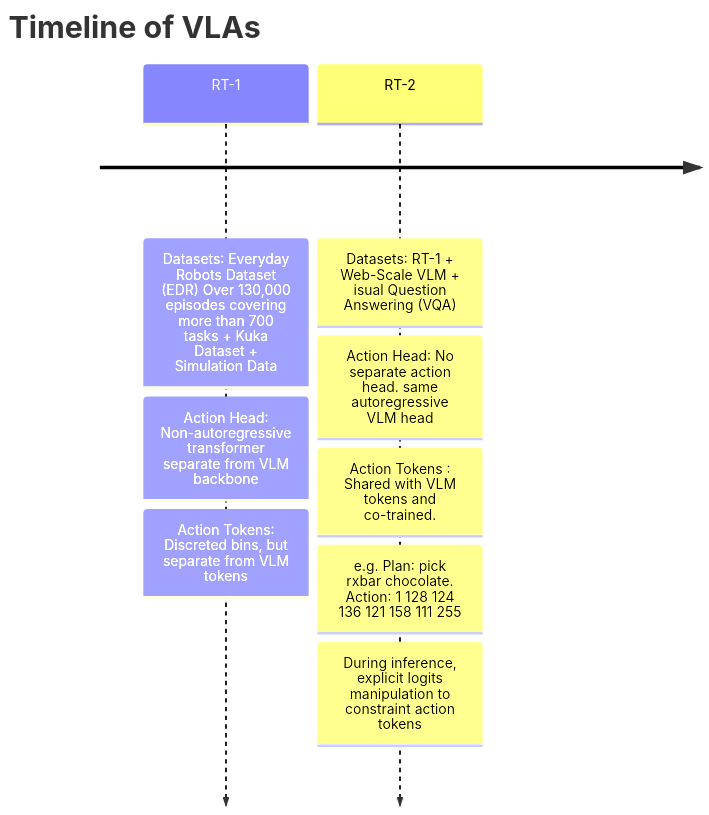
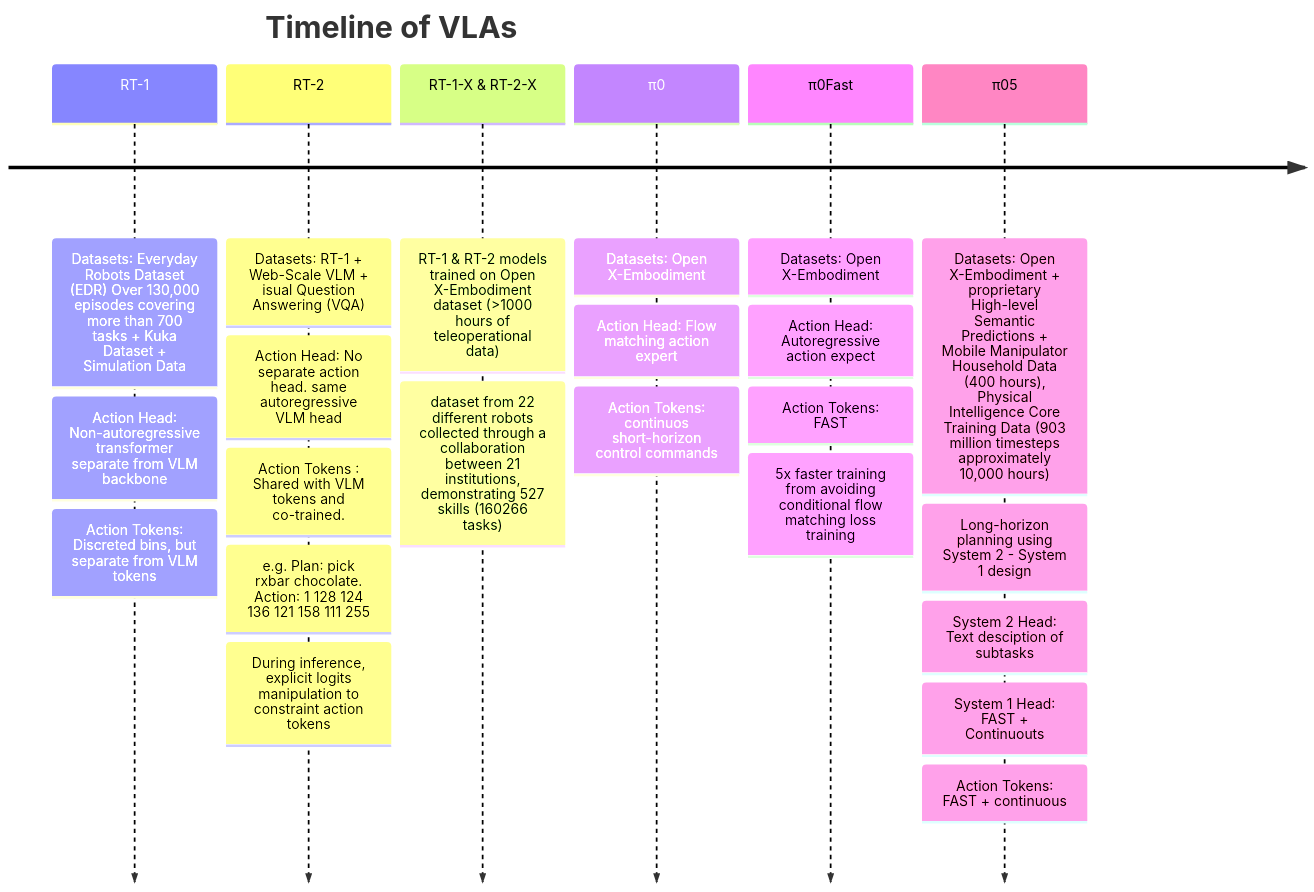
The diagram in _posts/2026-05-03-Pi-VLA.md (SelvamArul/SelvamArul.github.io), drawn with Mermaid before and after one commit.

````diff
--- a/_posts/2026-05-03-Pi-VLA.md
+++ b/_posts/2026-05-03-Pi-VLA.md
@@ -24,7 +24,11 @@
 ```mermaid
 timeline
     title Timeline of VLAs
         RT-1 : Datasets∶ Everyday Robots Dataset (EDR) Over 130,000 episodes covering more than 700 tasks + Kuka Dataset + Simulation Data : Action Head∶ Non-autoregressive transformer separate from VLM backbone : Action Tokens∶ Discreted bins, but separate from VLM tokens
         RT-2 : Datasets∶ RT-1 + Web-Scale VLM + isual Question Answering (VQA) : Action Head∶ No separate action head. same autoregressive VLM head : Action Tokens ∶ Shared with VLM tokens and co-trained. : e.g. Plan∶ pick rxbar chocolate. Action∶ 1 128 124 136 121 158 111 255 : During inference, explicit logits manipulation to constraint action tokens
+        RT-1-X & RT-2-X: RT-1 & RT-2 models trained on Open X-Embodiment dataset (>1000 hours of teleoperational data) : dataset from 22 different robots collected through a collaboration between 21 institutions, demonstrating 527 skills (160266 tasks)
+        π0: Datasets∶ Open X-Embodiment : Action Head∶  Flow matching action expert : Action Tokens∶ continuos short-horizon control commands
+        π0Fast: Datasets∶ Open X-Embodiment : Action Head∶ Autoregressive action expect : Action Tokens∶ FAST : 5x faster training from avoiding  conditional flow matching loss training
+        π05: Datasets∶ Open X-Embodiment + proprietary High-level Semantic Predictions + Mobile Manipulator Household Data (400 hours), Physical Intelligence Core Training Data (903 million timesteps approximately 10,000 hours) : Long-horizon planning using System 2 - System 1 design : System 2 Head∶ Text desciption of subtasks : System 1 Head∶ FAST + Continuouts : Action Tokens∶ FAST + continuous
 
 ```
````
